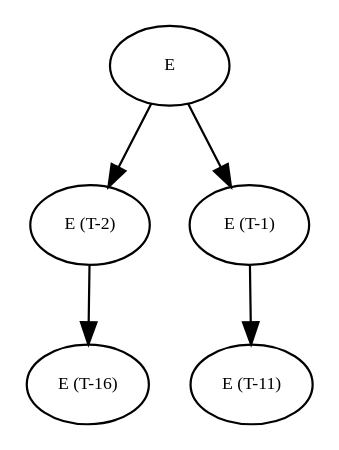
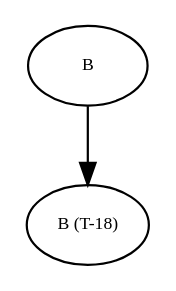
Before and after one commit to amso100/livescript-declarations: the diagram in graphs/debug_tree0.dot, drawn with Graphviz. The commit also changed 15 other files, not shown here.

```diff
--- a/graphs/debug_tree0.dot
+++ b/graphs/debug_tree0.dot
@@ -1,42 +1,15 @@
 digraph RGL__DirectedAdjacencyGraph {
-    "E (T-2)" [
+    B [
         fontsize = 8,
-        label = "E (T-2)"
+        label = B
     ]
 
-    "E (T-16)" [
+    "B (T-18)" [
         fontsize = 8,
-        label = "E (T-16)"
+        label = "B (T-18)"
     ]
 
-    "E (T-1)" [
-        fontsize = 8,
-        label = "E (T-1)"
-    ]
-
-    "E (T-11)" [
-        fontsize = 8,
-        label = "E (T-11)"
-    ]
-
-    E [
-        fontsize = 8,
-        label = E
-    ]
-
-    "E (T-2)" -> "E (T-16)" [
-        fontsize = 8
-    ]
-
-    "E (T-1)" -> "E (T-11)" [
-        fontsize = 8
-    ]
-
-    E -> "E (T-2)" [
-        fontsize = 8
-    ]
-
-    E -> "E (T-1)" [
+    B -> "B (T-18)" [
         fontsize = 8
     ]
 }
```
